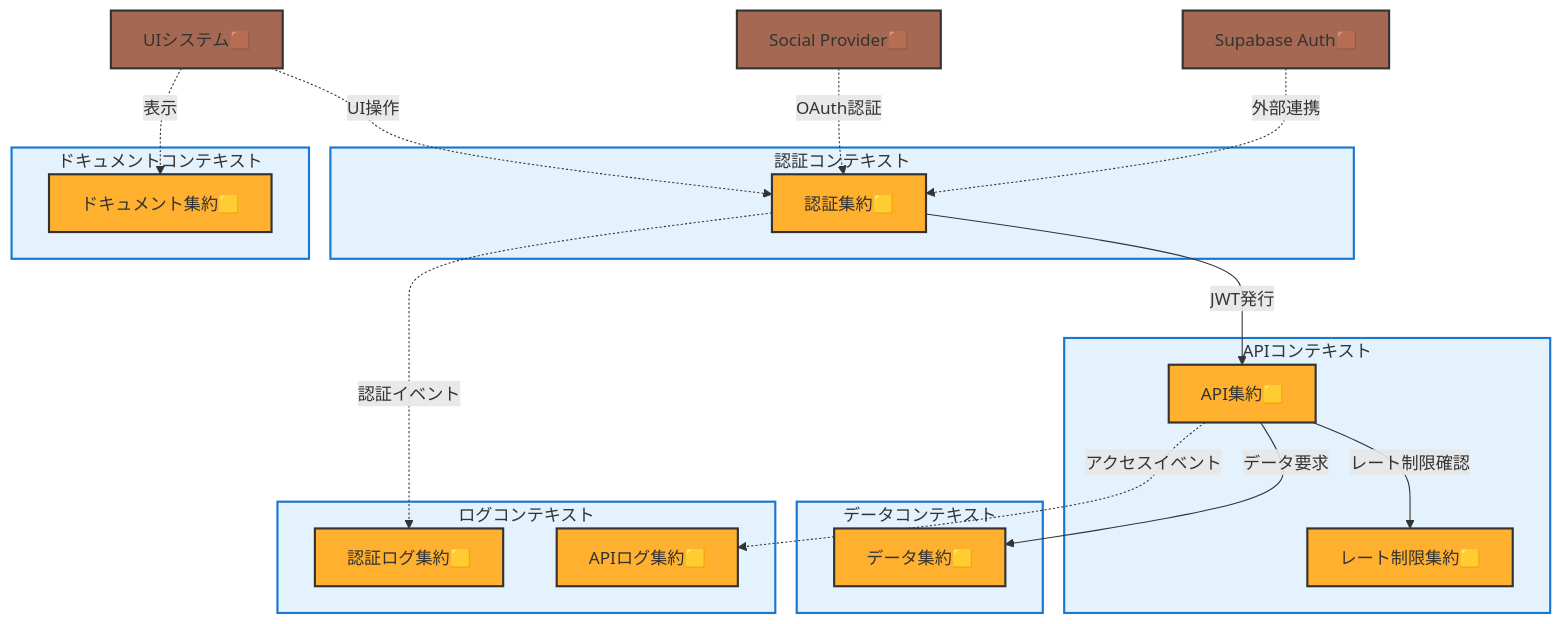
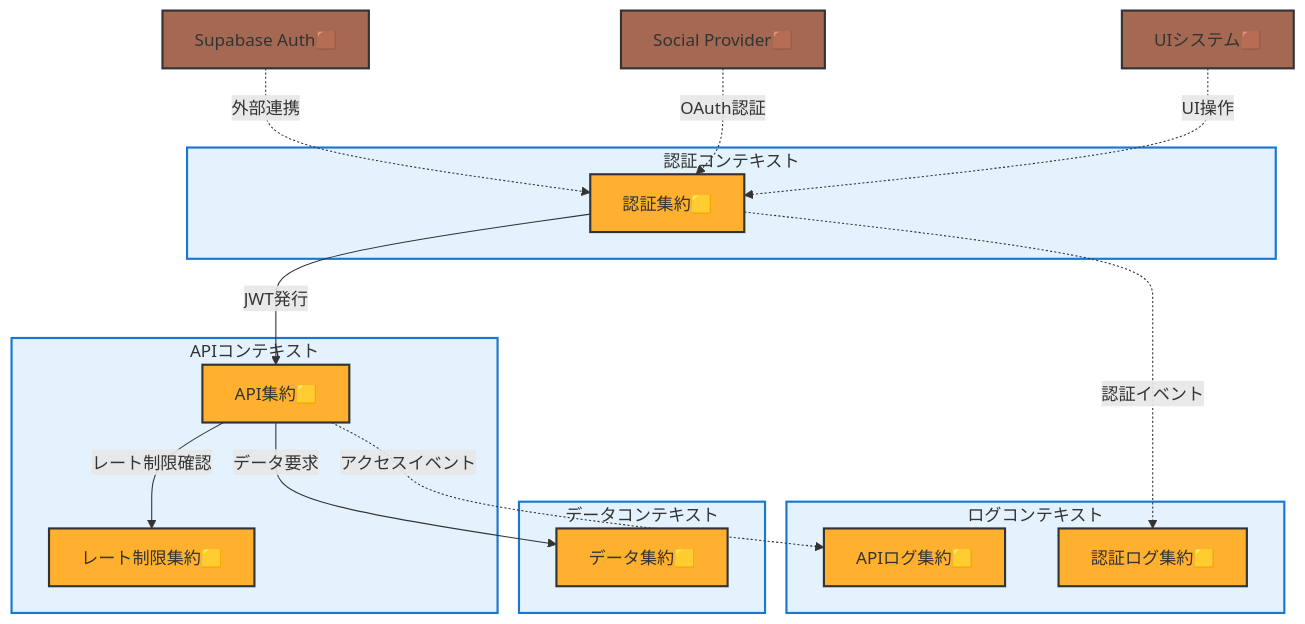
One commit to hydrangeas/redis-test changed the first of 3 diagrams in docs/specs/step4.md. Above: the diagram before and after it, drawn with Mermaid. The commit also changed other lines of this file and 5 other files, not shown here.

````diff
--- a/docs/specs/step4.md
+++ b/docs/specs/step4.md
@@ -7,56 +7,51 @@
 ```mermaid
 graph TB
     %% 認証コンテキスト
     subgraph AuthContext["認証コンテキスト"]
         AuthAgg[認証集約🟨]
     end
     
     %% APIコンテキスト
     subgraph APIContext["APIコンテキスト"]
         APIAgg[API集約🟨]
         RateLimitAgg[レート制限集約🟨]
     end
     
     %% データコンテキスト
     subgraph DataContext["データコンテキスト"]
         DataAgg[データ集約🟨]
     end
     
     %% ログコンテキスト
     subgraph LogContext["ログコンテキスト"]
         AuthLogAgg[認証ログ集約🟨]
         APILogAgg[APIログ集約🟨]
     end
     
-    %% ドキュメントコンテキスト
-    subgraph DocContext["ドキュメントコンテキスト"]
-        DocAgg[ドキュメント集約🟨]
-    end
     
     %% 外部システム
     SupaAuth[Supabase Auth🟫]
     SocialProvider[Social Provider🟫]
     UISystem[UIシステム🟫]
     
     %% 主要な関係性
     SupaAuth -.->|外部連携| AuthAgg
     SocialProvider -.->|OAuth認証| AuthAgg
     UISystem -.->|UI操作| AuthAgg
-    UISystem -.->|表示| DocAgg
     
     AuthAgg -->|JWT発行| APIAgg
     APIAgg -->|レート制限確認| RateLimitAgg
     APIAgg -->|データ要求| DataAgg
     
     AuthAgg -.->|認証イベント| AuthLogAgg
     APIAgg -.->|アクセスイベント| APILogAgg
     
     %% スタイル定義
     classDef context fill:#e3f2fd,stroke:#1976d2,stroke-width:2px;
     classDef aggregate fill:#ffb02e,stroke:#333,stroke-width:2px;
     classDef externalSystem fill:#a56953,stroke:#333,stroke-width:2px;
     
-    class AuthContext,APIContext,DataContext,LogContext,DocContext context;
-    class AuthAgg,APIAgg,RateLimitAgg,DataAgg,AuthLogAgg,APILogAgg,DocAgg aggregate;
+    class AuthContext,APIContext,DataContext,LogContext context;
+    class AuthAgg,APIAgg,RateLimitAgg,DataAgg,AuthLogAgg,APILogAgg aggregate;
     class SupaAuth,SocialProvider,UISystem externalSystem;
 ```
````
